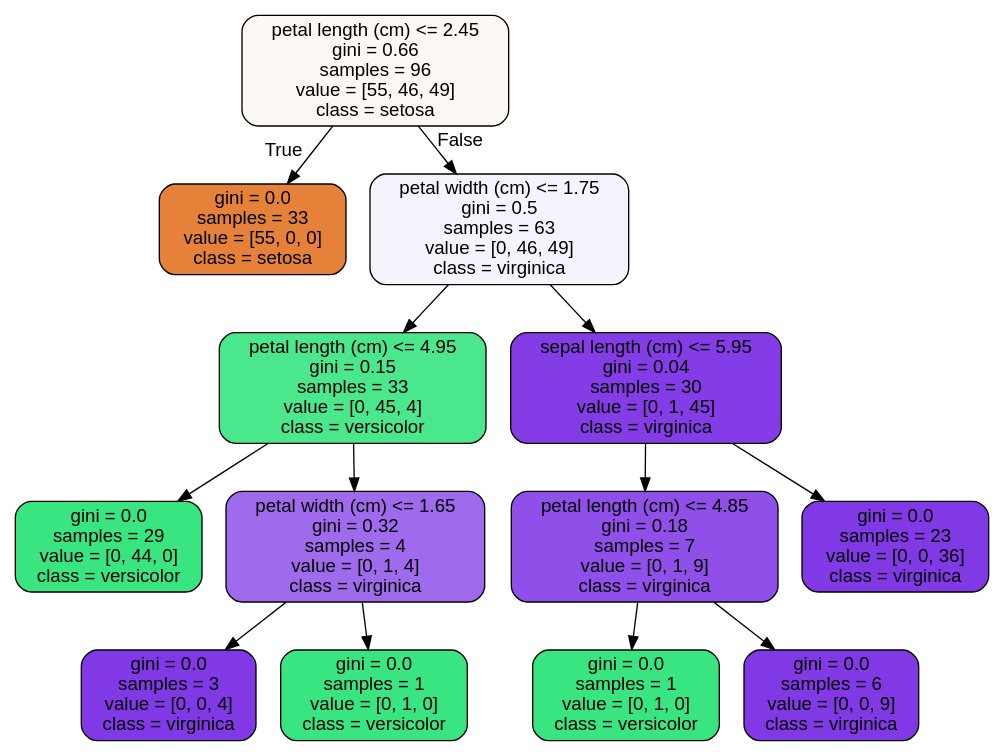
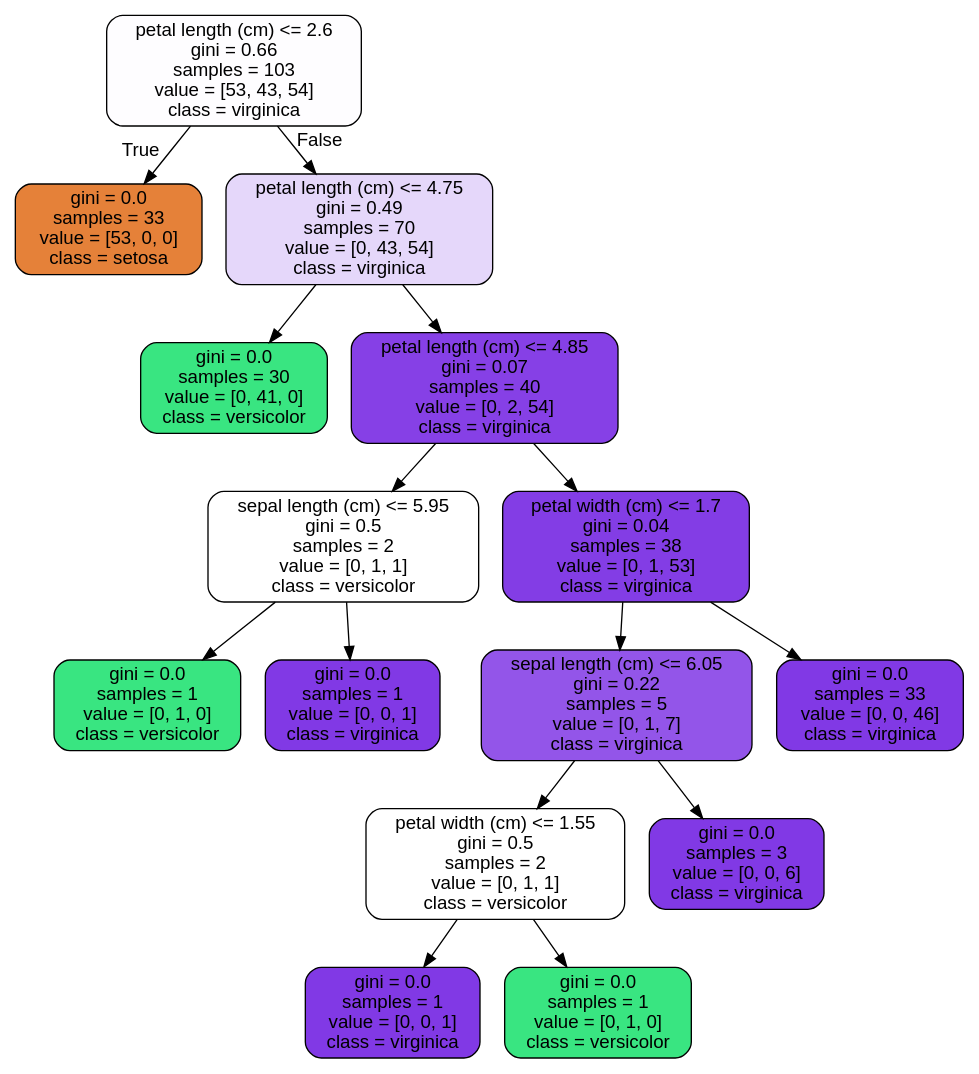
One commit to mdgarber/RandomForest_Covid_case_Study changed the diagram in 1593492590_RandomForest_Covid_Case_Study_06302020/RandomForest Covid Case Study_06302020/tree.dot. Above: the diagram before and after it, drawn with Graphviz. The commit also changed 2 other files, not shown here.

```diff
--- a/1593492590_RandomForest_Covid_Case_Study_06302020/RandomForest Covid Case Study_06302020/tree.dot
+++ b/1593492590_RandomForest_Covid_Case_Study_06302020/RandomForest Covid Case Study_06302020/tree.dot
@@ -1,29 +1,33 @@
 digraph Tree {
 node [shape=box, style="filled, rounded", color="black", fontname="helvetica"] ;
 edge [fontname="helvetica"] ;
-0 [label="petal length (cm) <= 2.45\ngini = 0.66\nsamples = 96\nvalue = [55, 46, 49]\nclass = setosa", fillcolor="#fdf8f3"] ;
-1 [label="gini = 0.0\nsamples = 33\nvalue = [55, 0, 0]\nclass = setosa", fillcolor="#e58139"] ;
+0 [label="petal length (cm) <= 2.6\ngini = 0.66\nsamples = 103\nvalue = [53, 43, 54]\nclass = virginica", fillcolor="#fefdff"] ;
+1 [label="gini = 0.0\nsamples = 33\nvalue = [53, 0, 0]\nclass = setosa", fillcolor="#e58139"] ;
 0 -> 1 [labeldistance=2.5, labelangle=45, headlabel="True"] ;
-2 [label="petal width (cm) <= 1.75\ngini = 0.5\nsamples = 63\nvalue = [0, 46, 49]\nclass = virginica", fillcolor="#f7f3fd"] ;
+2 [label="petal length (cm) <= 4.75\ngini = 0.49\nsamples = 70\nvalue = [0, 43, 54]\nclass = virginica", fillcolor="#e5d7fa"] ;
 0 -> 2 [labeldistance=2.5, labelangle=-45, headlabel="False"] ;
-3 [label="petal length (cm) <= 4.95\ngini = 0.15\nsamples = 33\nvalue = [0, 45, 4]\nclass = versicolor", fillcolor="#4be78c"] ;
+3 [label="gini = 0.0\nsamples = 30\nvalue = [0, 41, 0]\nclass = versicolor", fillcolor="#39e581"] ;
 2 -> 3 ;
-4 [label="gini = 0.0\nsamples = 29\nvalue = [0, 44, 0]\nclass = versicolor", fillcolor="#39e581"] ;
-3 -> 4 ;
-5 [label="petal width (cm) <= 1.65\ngini = 0.32\nsamples = 4\nvalue = [0, 1, 4]\nclass = virginica", fillcolor="#a06aec"] ;
-3 -> 5 ;
-6 [label="gini = 0.0\nsamples = 3\nvalue = [0, 0, 4]\nclass = virginica", fillcolor="#8139e5"] ;
+4 [label="petal length (cm) <= 4.85\ngini = 0.07\nsamples = 40\nvalue = [0, 2, 54]\nclass = virginica", fillcolor="#8640e6"] ;
+2 -> 4 ;
+5 [label="sepal length (cm) <= 5.95\ngini = 0.5\nsamples = 2\nvalue = [0, 1, 1]\nclass = versicolor", fillcolor="#ffffff"] ;
+4 -> 5 ;
+6 [label="gini = 0.0\nsamples = 1\nvalue = [0, 1, 0]\nclass = versicolor", fillcolor="#39e581"] ;
 5 -> 6 ;
-7 [label="gini = 0.0\nsamples = 1\nvalue = [0, 1, 0]\nclass = versicolor", fillcolor="#39e581"] ;
+7 [label="gini = 0.0\nsamples = 1\nvalue = [0, 0, 1]\nclass = virginica", fillcolor="#8139e5"] ;
 5 -> 7 ;
-8 [label="sepal length (cm) <= 5.95\ngini = 0.04\nsamples = 30\nvalue = [0, 1, 45]\nclass = virginica", fillcolor="#843de6"] ;
-2 -> 8 ;
-9 [label="petal length (cm) <= 4.85\ngini = 0.18\nsamples = 7\nvalue = [0, 1, 9]\nclass = virginica", fillcolor="#8f4fe8"] ;
+8 [label="petal width (cm) <= 1.7\ngini = 0.04\nsamples = 38\nvalue = [0, 1, 53]\nclass = virginica", fillcolor="#833de5"] ;
+4 -> 8 ;
+9 [label="sepal length (cm) <= 6.05\ngini = 0.22\nsamples = 5\nvalue = [0, 1, 7]\nclass = virginica", fillcolor="#9355e9"] ;
 8 -> 9 ;
-10 [label="gini = 0.0\nsamples = 1\nvalue = [0, 1, 0]\nclass = versicolor", fillcolor="#39e581"] ;
+10 [label="petal width (cm) <= 1.55\ngini = 0.5\nsamples = 2\nvalue = [0, 1, 1]\nclass = versicolor", fillcolor="#ffffff"] ;
 9 -> 10 ;
-11 [label="gini = 0.0\nsamples = 6\nvalue = [0, 0, 9]\nclass = virginica", fillcolor="#8139e5"] ;
-9 -> 11 ;
-12 [label="gini = 0.0\nsamples = 23\nvalue = [0, 0, 36]\nclass = virginica", fillcolor="#8139e5"] ;
-8 -> 12 ;
+11 [label="gini = 0.0\nsamples = 1\nvalue = [0, 0, 1]\nclass = virginica", fillcolor="#8139e5"] ;
+10 -> 11 ;
+12 [label="gini = 0.0\nsamples = 1\nvalue = [0, 1, 0]\nclass = versicolor", fillcolor="#39e581"] ;
+10 -> 12 ;
+13 [label="gini = 0.0\nsamples = 3\nvalue = [0, 0, 6]\nclass = virginica", fillcolor="#8139e5"] ;
+9 -> 13 ;
+14 [label="gini = 0.0\nsamples = 33\nvalue = [0, 0, 46]\nclass = virginica", fillcolor="#8139e5"] ;
+8 -> 14 ;
 }
```
